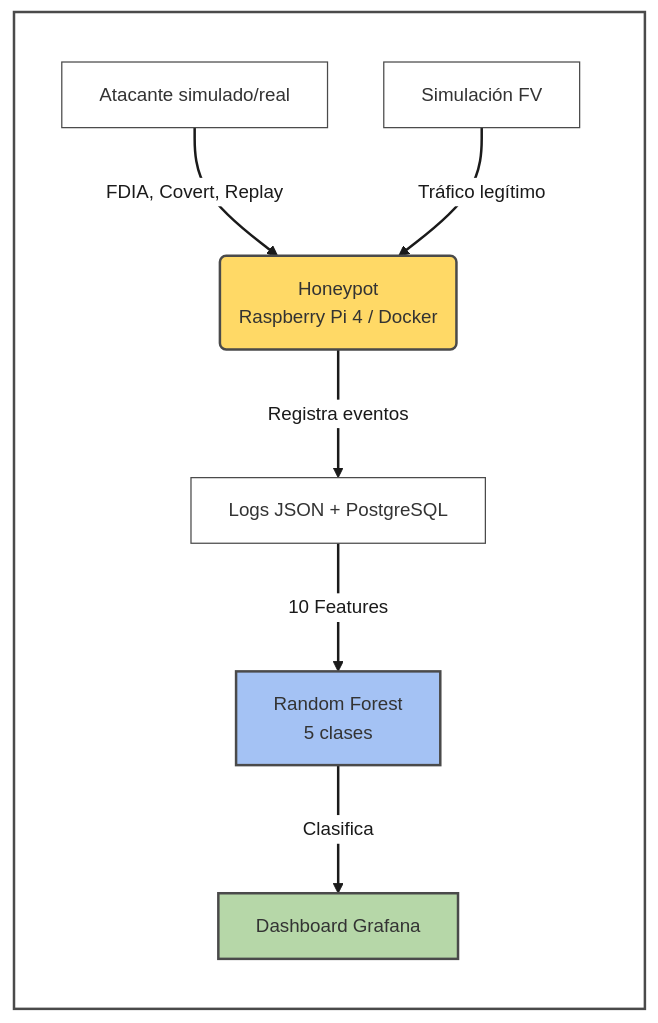
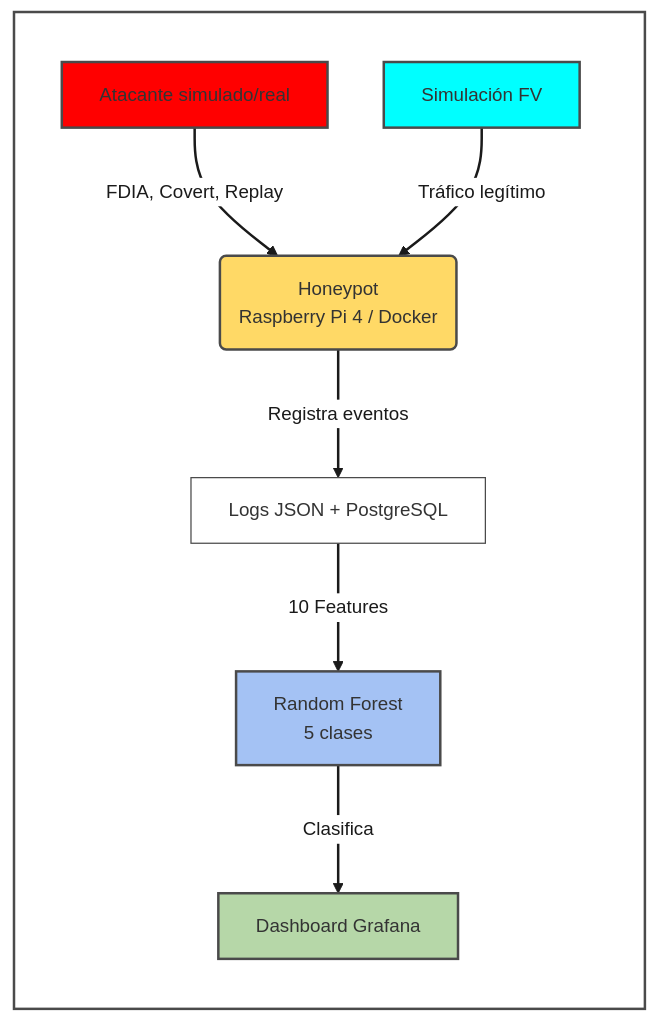
One commit to NicolasReyes001/tesis-honeypot-fv-ml changed the diagram in docs/Semana1/problema_definido.md. Above: the diagram before and after it, drawn with Mermaid. The commit also changed other lines of this file and 1 other file, not shown here.

````diff
--- a/docs/Semana1/problema_definido.md
+++ b/docs/Semana1/problema_definido.md
@@ -82,42 +82,44 @@
 ```mermaid
 %%{init: {
   'theme': 'base',
   'themeVariables': {
     'fontSize': '15px',
     'primaryColor': '#ffffff',
     'edgeLabelBackground': '#ffffff',
     'lineColor': '#4a4a4a',
     'mainBkg': '#ffffff',
     'nodeBorder': '#4a4a4a',
     'actorBorder': '#4a4a4a',
     'textColor': '#1a1a1a',
     'arrowheadColor': '#1a1a1a'
   },
   'flowchart': {
     'useMaxWidth': true,
     'nodeSpacing': 45,
     'rankSpacing': 55,
     'curve': 'basis'
   }
 }}%%
 graph TD
-    subgraph Contenedor [" "]
+    subgraph Sistema_propuesto [" "]
         direction TD
         A[Atacante simulado/real] -->|FDIA, Covert, Replay| B(Honeypot<br>Raspberry Pi 4 / Docker)
         F[Simulación FV] -->|Tráfico legítimo| B
         B -->|Registra eventos| C[Logs JSON + PostgreSQL]
         C -->|10 Features| D[Random Forest<br>5 clases]
         D -->|Clasifica| E[Dashboard Grafana]
         
+        style A fill:#FF0000,stroke:#4a4a4a,stroke-width:2px
         style B fill:#ffd966,stroke:#4a4a4a,stroke-width:2px
         style D fill:#a4c2f4,stroke:#4a4a4a,stroke-width:2px
         style E fill:#b6d7a8,stroke:#4a4a4a,stroke-width:2px
+        style F fill:#00FFFF,stroke:#4a4a4a,stroke-width:2px
     end
 
     %% === Estilo para la caja contenedora ===
-    style Contenedor fill:#ffffff,stroke:#4a4a4a,stroke-width:2px
+    style Sistema_propuesto fill:#ffffff,stroke:#4a4a4a,stroke-width:2px
 
     %% === Flechas con contorno blanco + relleno negro ===
     linkStyle default stroke:#ffffff, stroke-width: 5px
     linkStyle default stroke:#1a1a1a, stroke-width:2px, color:#1a1a1a
 ```
````
